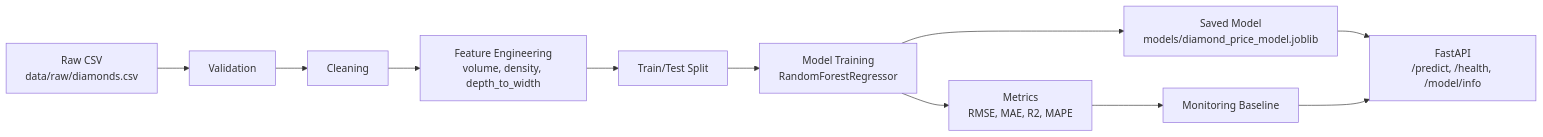
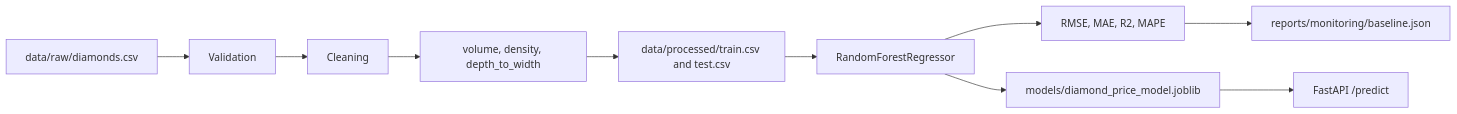
Before and after one commit to CatyFlam01/Cheking_Diamonds: the second of 2 diagrams in README.md, drawn with Mermaid. The commit also changed other lines of this file and 4 other files, not shown here.

````diff
--- a/README.md
+++ b/README.md
@@ -39,13 +62,12 @@
 ```mermaid
 flowchart LR
-    A["Raw CSV<br/>data/raw/diamonds.csv"] --> B["Validation"]
+    A["data/raw/diamonds.csv"] --> B["Validation"]
     B --> C["Cleaning"]
-    C --> D["Feature Engineering<br/>volume, density, depth_to_width"]
-    D --> E["Train/Test Split"]
-    E --> F["Model Training<br/>RandomForestRegressor"]
-    F --> G["Metrics<br/>RMSE, MAE, R2, MAPE"]
-    F --> H["Saved Model<br/>models/diamond_price_model.joblib"]
-    G --> I["Monitoring Baseline"]
-    H --> J["FastAPI<br/>/predict, /health, /model/info"]
-    I --> J
+    C --> D["volume, density, depth_to_width"]
+    D --> E["data/processed/train.csv and test.csv"]
+    E --> F["RandomForestRegressor"]
+    F --> G["RMSE, MAE, R2, MAPE"]
+    F --> H["models/diamond_price_model.joblib"]
+    G --> I["reports/monitoring/baseline.json"]
+    H --> J["FastAPI /predict"]
 ```
````
